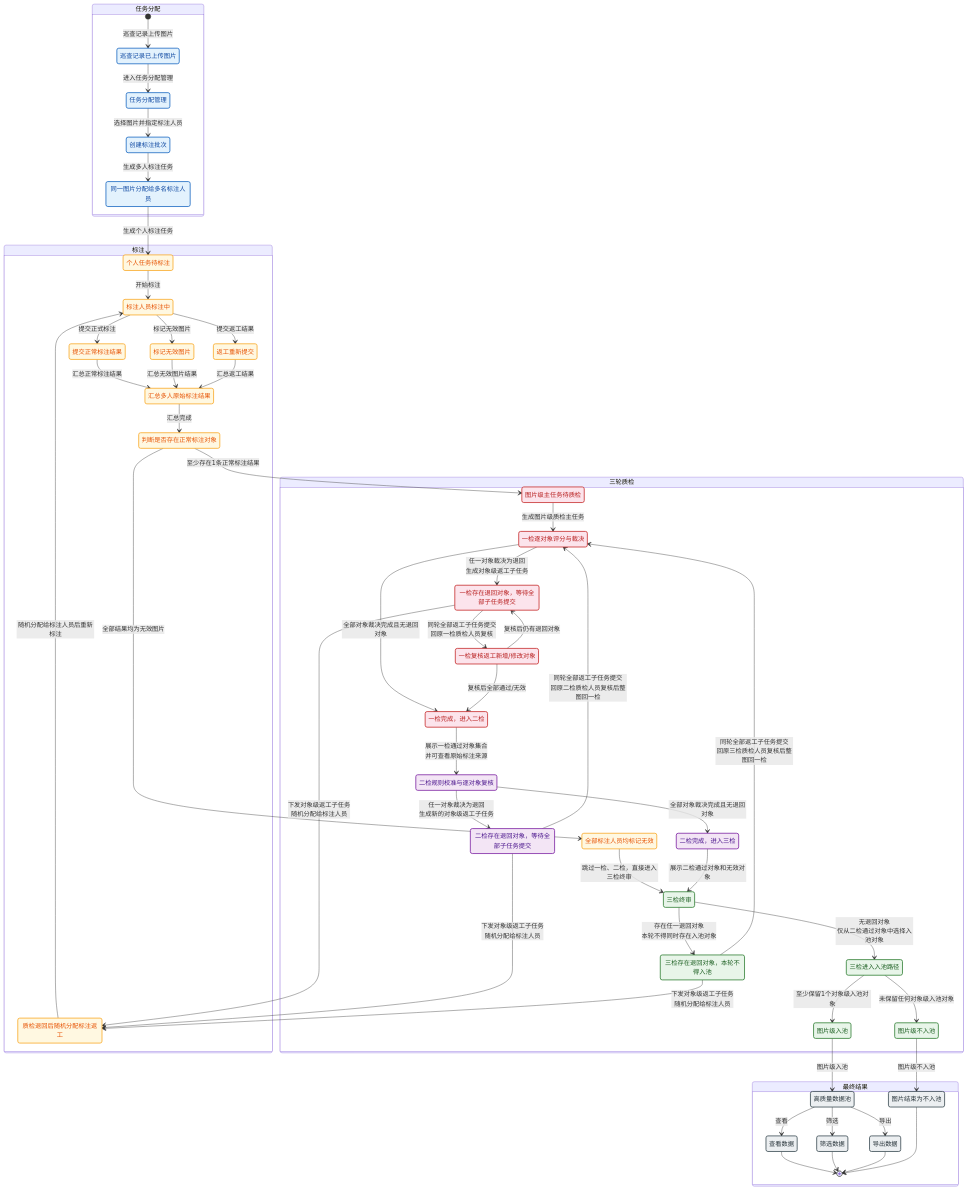
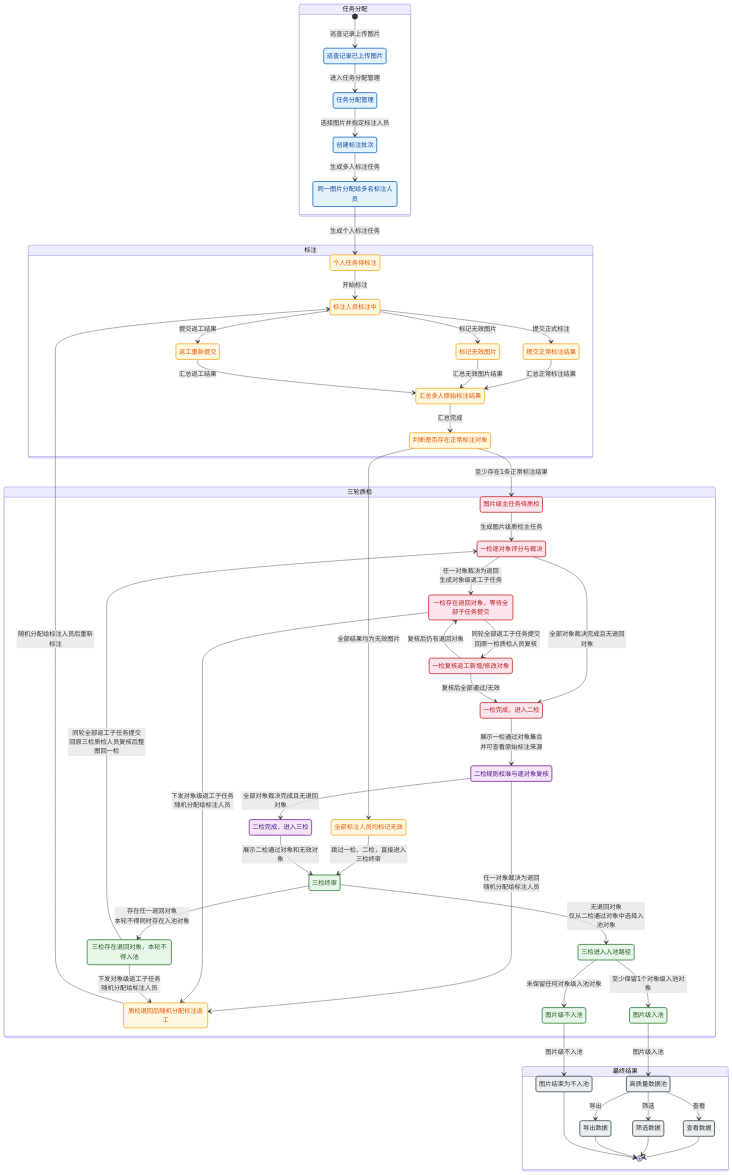
The diagram in 02-PRD文档/后台管理/标注质检三轮质检流程.mmd (zhudan930612/shujuzhili), drawn with Mermaid before and after one commit. The commit also changed 2 other files, not shown here.

```diff
--- a/02-PRD文档/后台管理/标注质检三轮质检流程.mmd
+++ b/02-PRD文档/后台管理/标注质检三轮质检流程.mmd
@@ -1,133 +1,130 @@
 %%{init: {'theme':'mc'}}%%
 stateDiagram-v2
   %% ═══════════════════════════════════════════
   %% 阶段一：任务分配
   %% ═══════════════════════════════════════════
   state "任务分配" as Assign {
     InspectionUploaded: 巡查记录已上传图片
     AssignmentManage: 任务分配管理
     BatchCreated: 创建标注批次
     MultiAnnotationAssigned: 同一图片分配给多名标注人员
 
     [*] --> InspectionUploaded: 巡查记录上传图片
     InspectionUploaded --> AssignmentManage: 进入任务分配管理
     AssignmentManage --> BatchCreated: 选择图片并指定标注人员
     BatchCreated --> MultiAnnotationAssigned: 生成多人标注任务
   }
 
   %% ═══════════════════════════════════════════
   %% 阶段二：标注
   %% ═══════════════════════════════════════════
   state "标注" as Anno {
     AnnotationTodo: 个人任务待标注
     Annotating: 标注人员标注中
     AnnotationSubmitted: 提交正常标注结果
     AnnotationInvalid: 标记无效图片
     AnnotationReturned: 质检退回后随机分配标注返工
     AnnotationResubmitted: 返工重新提交
     AnnotationMerged: 汇总多人原始标注结果
     CheckMergedResult: 判断是否存在正常标注对象
     AllInvalidSample: 全部标注人员均标记无效
 
     AnnotationTodo --> Annotating: 开始标注
     Annotating --> AnnotationSubmitted: 提交正式标注
     Annotating --> AnnotationInvalid: 标记无效图片
     AnnotationReturned --> Annotating: 随机分配给标注人员后重新标注
     Annotating --> AnnotationResubmitted: 提交返工结果
     AnnotationSubmitted --> AnnotationMerged: 汇总正常标注结果
     AnnotationInvalid --> AnnotationMerged: 汇总无效图片结果
     AnnotationResubmitted --> AnnotationMerged: 汇总返工结果
     AnnotationMerged --> CheckMergedResult: 汇总完成
     CheckMergedResult --> QCWaiting: 至少存在1条正常标注结果
     CheckMergedResult --> AllInvalidSample: 全部结果均为无效图片
   }
 
   %% ═══════════════════════════════════════════
   %% 阶段三：三轮质检
   %% ═══════════════════════════════════════════
   state "三轮质检" as QC {
     QCWaiting: 图片级主任务待质检
 
     QC1Review: 一检逐对象评分与裁决
     QC1WaitRework: 一检存在退回对象，等待全部子任务提交
     QC1ReReview: 一检复核返工新增/修改对象
     QC1Passed: 一检完成，进入二检
 
     QC2Review: 二检规则校准与逐对象复核
-    QC2WaitRework: 二检存在退回对象，等待全部子任务提交
     QC2Passed: 二检完成，进入三检
 
     QC3Review: 三检终审
     QC3WaitRework: 三检存在退回对象，本轮不得入池
     QC3PoolPath: 三检进入入池路径
     QC3NoPool: 图片级不入池
     QC3Pooled: 图片级入池
 
     QCWaiting --> QC1Review: 生成图片级质检主任务
     AllInvalidSample --> QC3Review: 跳过一检、二检，直接进入三检终审
 
     QC1Review --> QC1WaitRework: 任一对象裁决为退回<br/>生成对象级返工子任务
     QC1Review --> QC1Passed: 全部对象裁决完成且无退回对象
     QC1WaitRework --> QC1ReReview: 同轮全部返工子任务提交<br/>回原一检质检人员复核
     QC1ReReview --> QC1WaitRework: 复核后仍有退回对象
     QC1ReReview --> QC1Passed: 复核后全部通过/无效
 
     QC1Passed --> QC2Review: 展示一检通过对象集合<br/>并可查看原始标注来源
-    QC2Review --> QC2WaitRework: 任一对象裁决为退回<br/>生成新的对象级返工子任务
+    QC2Review --> AnnotationReturned: 任一对象裁决为退回<br/>随机分配给标注人员
     QC2Review --> QC2Passed: 全部对象裁决完成且无退回对象
-    QC2WaitRework --> QC1Review: 同轮全部返工子任务提交<br/>回原二检质检人员复核后整图回一检
 
     QC2Passed --> QC3Review: 展示二检通过对象和无效对象
     QC3Review --> QC3WaitRework: 存在任一退回对象<br/>本轮不得同时存在入池对象
     QC3Review --> QC3PoolPath: 无退回对象<br/>仅从二检通过对象中选择入池对象
     QC3WaitRework --> QC1Review: 同轮全部返工子任务提交<br/>回原三检质检人员复核后整图回一检
     QC3PoolPath --> QC3Pooled: 至少保留1个对象级入池对象
     QC3PoolPath --> QC3NoPool: 未保留任何对象级入池对象
   }
 
   %% ═══════════════════════════════════════════
   %% 阶段四：最终结果
   %% ═══════════════════════════════════════════
   state "最终结果" as Result {
     QualityDataPool: 高质量数据池
     QualityDataView: 查看数据
     QualityDataFilter: 筛选数据
     QualityDataExport: 导出数据
     NoPoolEnd: 图片结束为不入池
 
     QualityDataPool --> QualityDataView: 查看
     QualityDataPool --> QualityDataFilter: 筛选
     QualityDataPool --> QualityDataExport: 导出
 
     QualityDataView --> [*]
     QualityDataFilter --> [*]
     QualityDataExport --> [*]
     NoPoolEnd --> [*]
   }
 
   %% ═══════════════════════════════════════════
   %% 跨阶段连线
   %% ═══════════════════════════════════════════
   MultiAnnotationAssigned --> AnnotationTodo: 生成个人标注任务
   QC1WaitRework --> AnnotationReturned: 下发对象级返工子任务<br/>随机分配给标注人员
-  QC2WaitRework --> AnnotationReturned: 下发对象级返工子任务<br/>随机分配给标注人员
   QC3WaitRework --> AnnotationReturned: 下发对象级返工子任务<br/>随机分配给标注人员
   QC3Pooled --> QualityDataPool: 图片级入池
   QC3NoPool --> NoPoolEnd: 图片级不入池
 
   %% ═══════════════════════════════════════════
   %% 样式
   %% ═══════════════════════════════════════════
   classDef assignStyle fill:#e3f2fd,stroke:#1565c0,stroke-width:2px,color:#0d47a1
   classDef annoStyle fill:#fff8e1,stroke:#f9a825,stroke-width:2px,color:#e65100
   classDef qc1Style fill:#fce4ec,stroke:#c62828,stroke-width:2px,color:#b71c1c
   classDef qc2Style fill:#f3e5f5,stroke:#7b1fa2,stroke-width:2px,color:#4a148c
   classDef qc3Style fill:#e8f5e9,stroke:#2e7d32,stroke-width:2px,color:#1b5e20
   classDef resultStyle fill:#eceff1,stroke:#37474f,stroke-width:2px,color:#263238
 
   class InspectionUploaded,AssignmentManage,BatchCreated,MultiAnnotationAssigned assignStyle
   class AnnotationTodo,Annotating,AnnotationSubmitted,AnnotationInvalid,AnnotationReturned,AnnotationResubmitted,AnnotationMerged,CheckMergedResult,AllInvalidSample annoStyle
   class QCWaiting,QC1Review,QC1WaitRework,QC1ReReview,QC1Passed qc1Style
-  class QC2Review,QC2WaitRework,QC2Passed qc2Style
+  class QC2Review,QC2Passed qc2Style
   class QC3Review,QC3WaitRework,QC3PoolPath,QC3NoPool,QC3Pooled qc3Style
   class QualityDataPool,QualityDataView,QualityDataFilter,QualityDataExport,NoPoolEnd resultStyle
```
